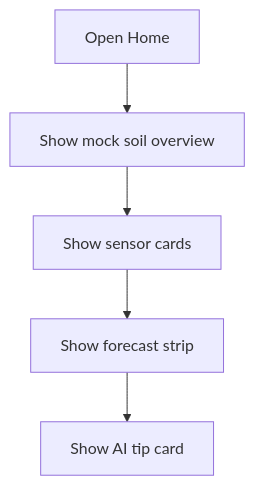
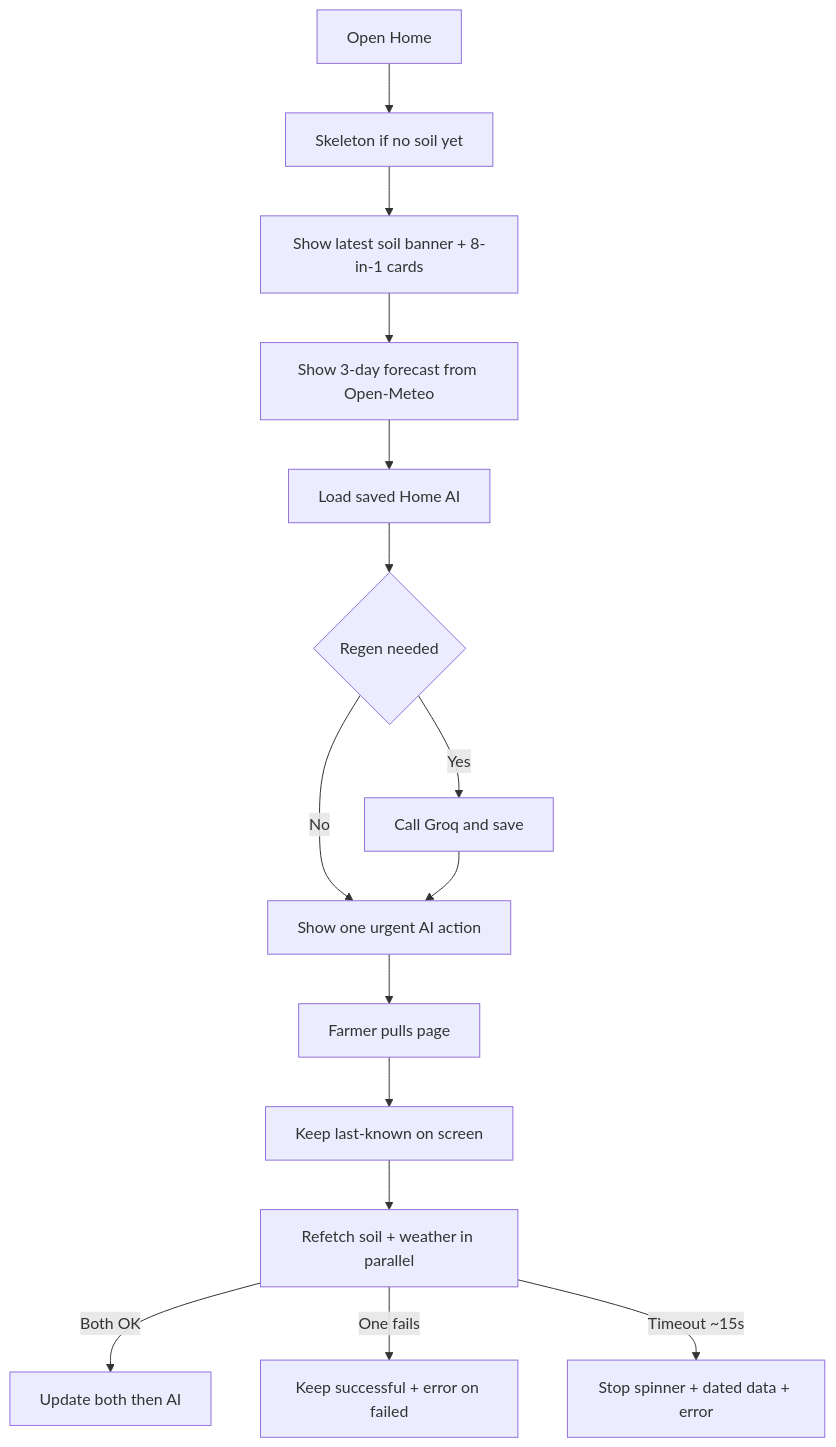
One commit to markjoelalcaraz/SoilGood changed the diagram in docs/pages/home.md. Above: the diagram before and after it, drawn with Mermaid. The commit also changed other lines of this file and 104 other files, not shown here.

````diff
--- a/docs/pages/home.md
+++ b/docs/pages/home.md
@@ -38,7 +61,17 @@
 ```mermaid
 flowchart TD
-  A[Open Home] --> B[Show mock soil overview]
-  B --> C[Show sensor cards]
-  C --> D[Show forecast strip]
-  D --> E[Show AI tip card]
+  A[Open Home] --> B[Skeleton if no soil yet]
+  B --> C[Show latest soil banner + 8-in-1 cards]
+  C --> D[Show 3-day forecast from Open-Meteo]
+  D --> E[Load saved Home AI]
+  E --> F{Regen needed}
+  F -->|No| G[Show one urgent AI action]
+  F -->|Yes| H[Call Groq and save]
+  H --> G
+  G --> I[Farmer pulls page]
+  I --> J[Keep last-known on screen]
+  J --> K[Refetch soil + weather in parallel]
+  K -->|Both OK| L[Update both then AI]
+  K -->|One fails| M[Keep successful + error on failed]
+  K -->|Timeout ~15s| N[Stop spinner + dated data + error]
 ```
````
